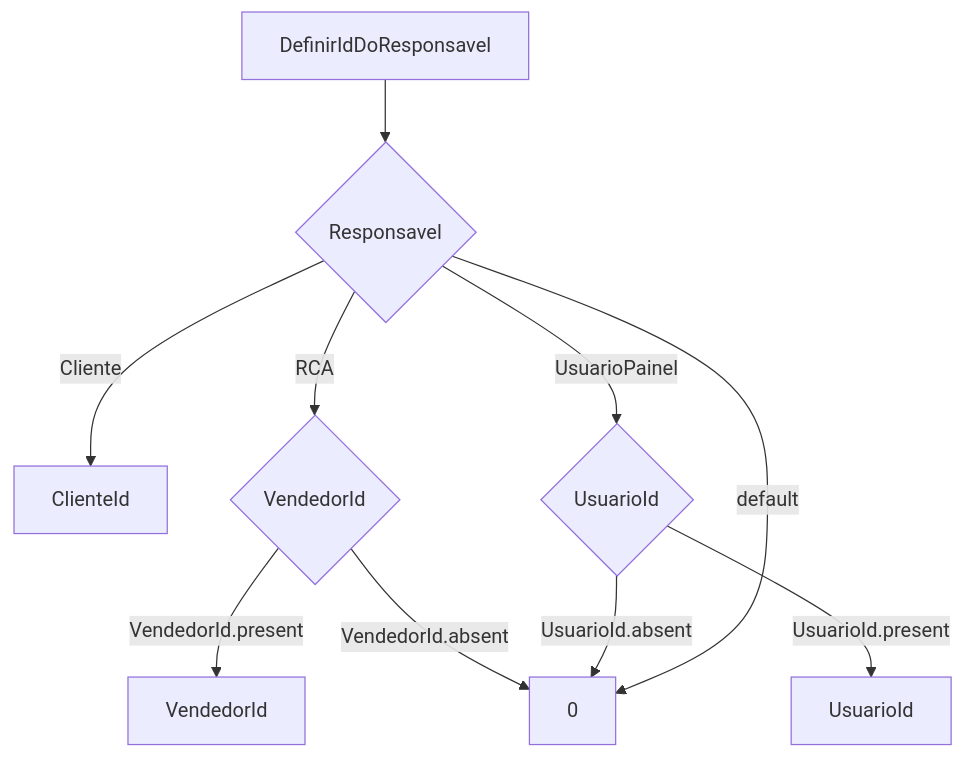
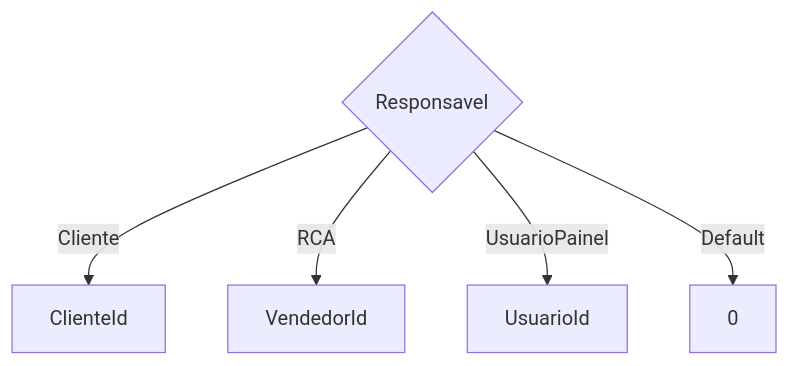
The first of 2 diagrams in docs/b2b-dominio/IsthmusWinthor.Nucleo/IsthmusWinthor.Dominio/Entidades/SACChamado.md (IsthmusSistemas/documentacao-tecnica), drawn with Mermaid before and after one commit. The commit also changed other lines of this file and 882 other files, not shown here.

````diff
--- a/docs/b2b-dominio/IsthmusWinthor.Nucleo/IsthmusWinthor.Dominio/Entidades/SACChamado.md
+++ b/docs/b2b-dominio/IsthmusWinthor.Nucleo/IsthmusWinthor.Dominio/Entidades/SACChamado.md
@@ -42,12 +37,8 @@
 ```mermaid
 flowchart TD
-    A[DefinirIdDoResponsavel] --> B{Responsavel}
-    B -->|Cliente| C[ClienteId]
-    B -->|RCA| D{VendedorId}
-    D -->|VendedorId.present| E[VendedorId]
-    D -->|VendedorId.absent| K[0]
-    B -->|UsuarioPainel| F{UsuarioId}
-    F -->|UsuarioId.present| G[UsuarioId]
-    F -->|UsuarioId.absent| K
-    B -->|default| K
+    A{Responsavel}
+    A -->|Cliente| B[ClienteId]
+    A -->|RCA| C[VendedorId]
+    A -->|UsuarioPainel| D[UsuarioId]
+    A -->|Default| E[0]
 ```
````
